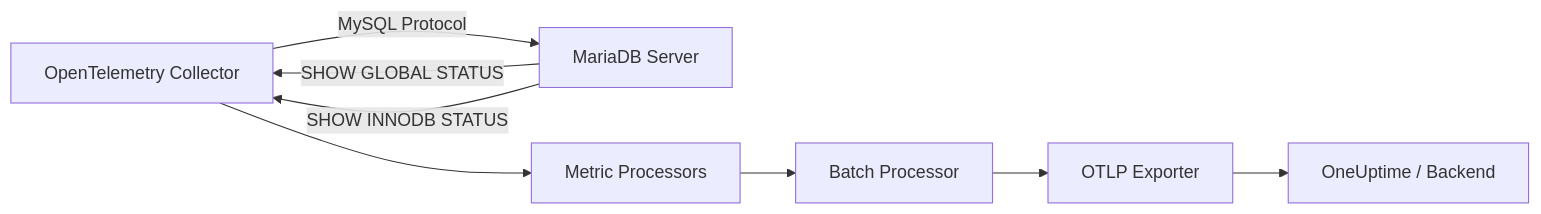
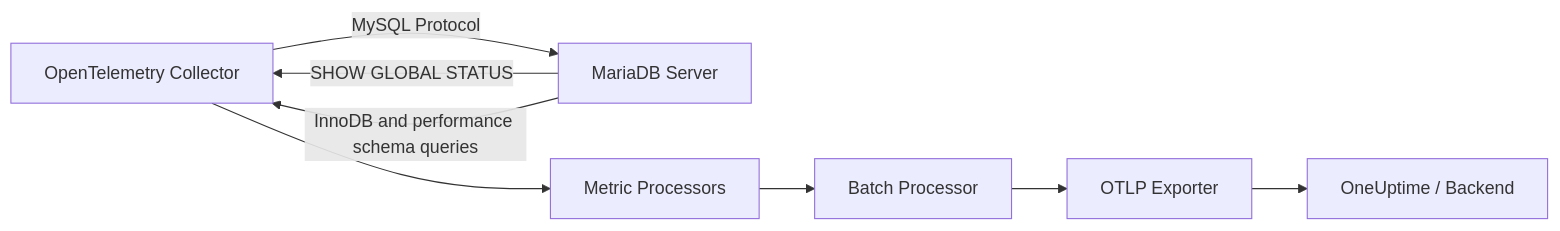
Before and after one commit to OneUptime/blog: the diagram in posts/2026-02-06-monitor-mariadb-opentelemetry-collector/README.md, drawn with Mermaid. The commit also changed other lines of this file and 2 other files, not shown here.

````diff
--- a/posts/2026-02-06-monitor-mariadb-opentelemetry-collector/README.md
+++ b/posts/2026-02-06-monitor-mariadb-opentelemetry-collector/README.md
@@ -19,10 +19,10 @@
 ```mermaid
 graph LR
     A[OpenTelemetry Collector] -->|MySQL Protocol| B[MariaDB Server]
     B -->|SHOW GLOBAL STATUS| A
-    B -->|SHOW INNODB STATUS| A
+    B -->|InnoDB and performance schema queries| A
     A --> C[Metric Processors]
     C --> D[Batch Processor]
     D --> E[OTLP Exporter]
     E --> F[OneUptime / Backend]
 ```
````
